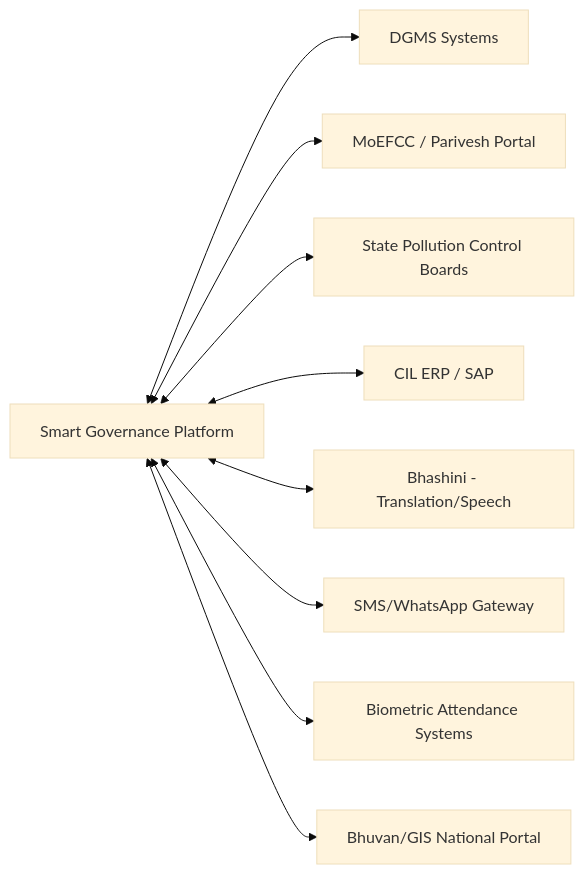
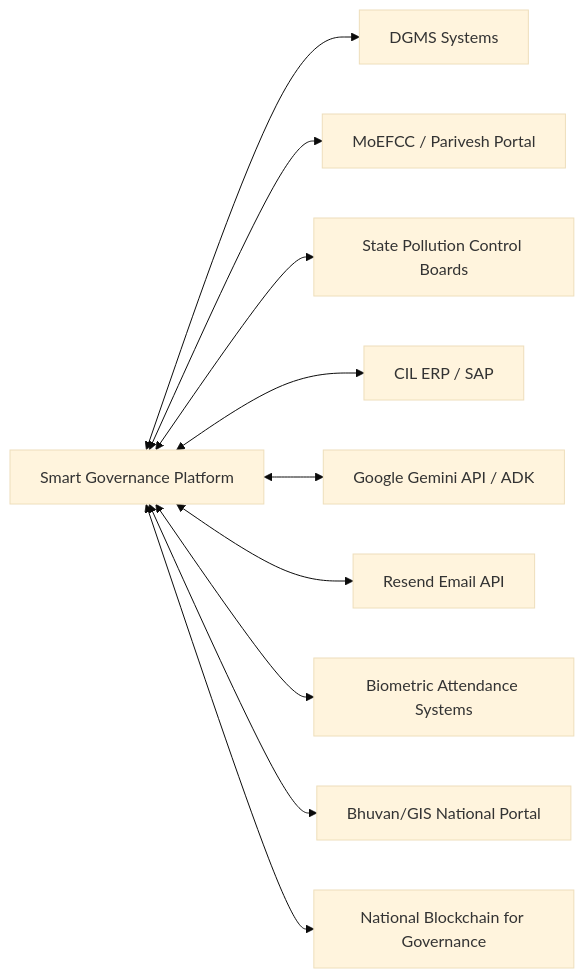
One commit to Coalmast/SIH2k26-1 changed diagram 15 of 18 in docs/PRD.md. Above: the diagram before and after it, drawn with Mermaid (base theme). The commit also changed other lines of this file and 25 other files, not shown here.

````diff
--- a/docs/PRD.md
+++ b/docs/PRD.md
@@ -987,11 +1001,12 @@
 ```mermaid
 graph LR
     SGCMP[Smart Governance Platform] <--> DGMS[DGMS Systems]
     SGCMP <--> MOEFCC[MoEFCC / Parivesh Portal]
     SGCMP <--> SPCB[State Pollution Control Boards]
     SGCMP <--> ERP[CIL ERP / SAP]
-    SGCMP <--> BHASHINI[Bhashini - Translation/Speech]
-    SGCMP <--> SMSGW[SMS/WhatsApp Gateway]
+    SGCMP <--> GEMINI[Google Gemini API / ADK]
+    SGCMP <--> RESEND[Resend Email API]
     SGCMP <--> BIOMETRIC[Biometric Attendance Systems]
     SGCMP <--> GEOPORTAL[Bhuvan/GIS National Portal]
+    SGCMP <--> NBG[National Blockchain for Governance]
 ```
````
